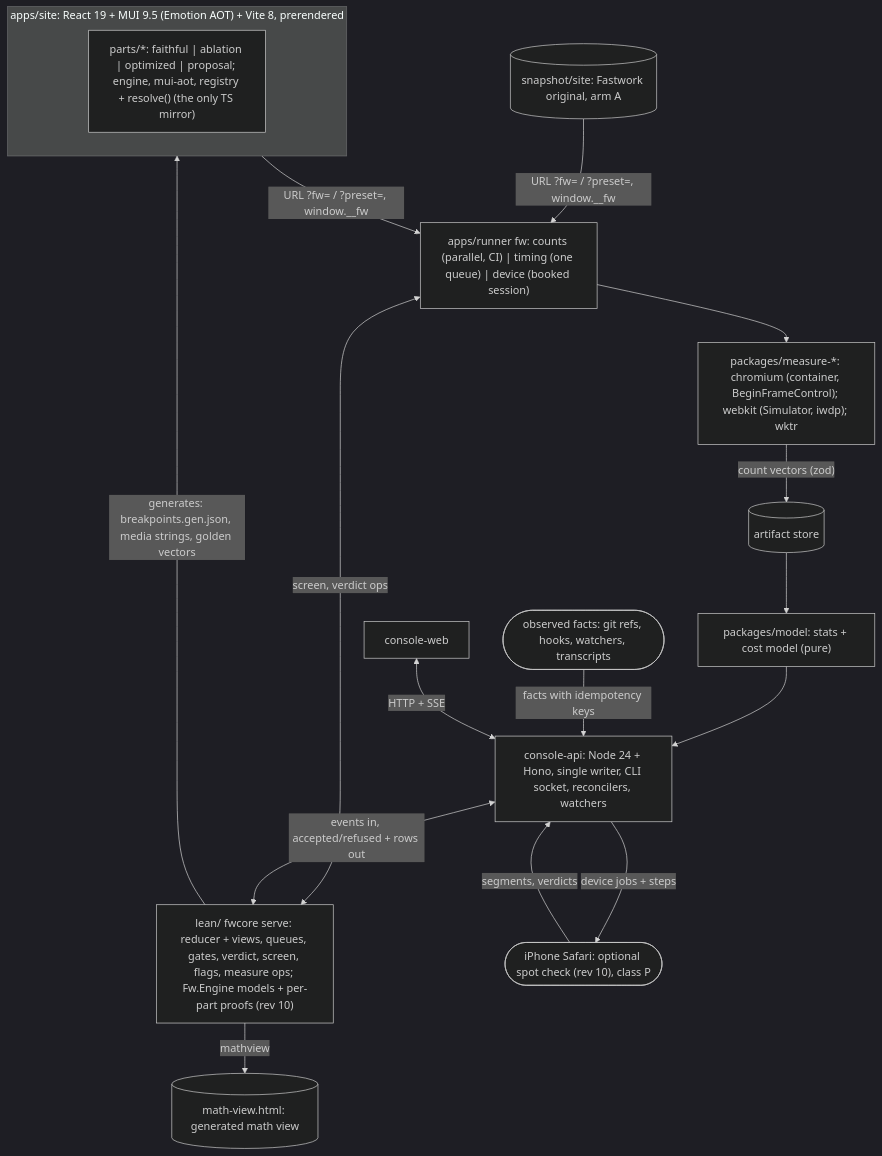
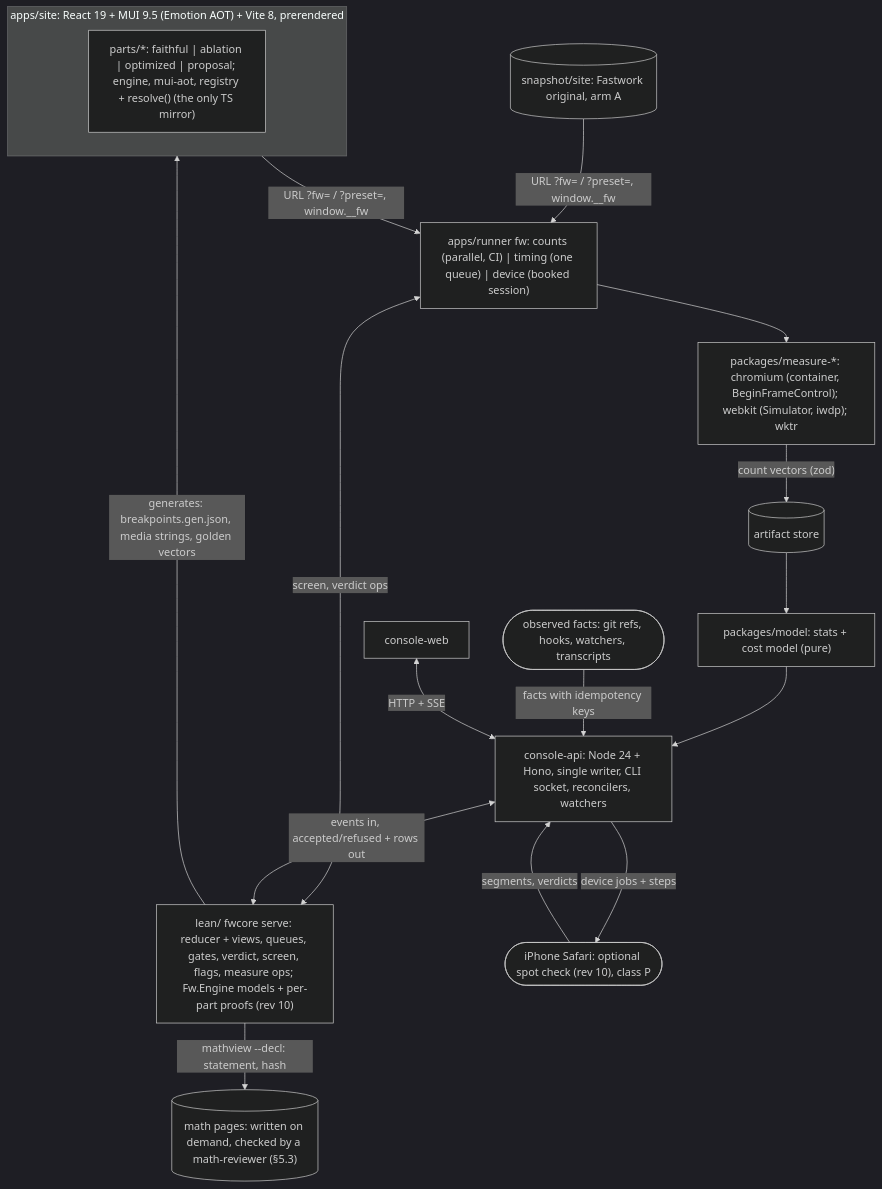
One commit to kitimark/lean-loop-engineer-the-fastwork-web-optimize changed the diagram in docs/plan/PLAN.md. Above: the diagram before and after it, drawn with Mermaid (dark theme). The commit also changed other lines of this file, not shown here.

First line of the commit message:
latex-plan-text: PLAN rev 11.3 (math in artifacts; math view, its lint and CI job retired; A41)

````diff
--- a/docs/plan/PLAN.md
+++ b/docs/plan/PLAN.md
@@ -224,25 +226,25 @@
 ```mermaid
 flowchart TB
   subgraph SITE["apps/site: React 19 + MUI 9.5 (Emotion AOT) + Vite 8, prerendered"]
     PARTS["parts/*: faithful | ablation | optimized | proposal; engine, mui-aot, registry + resolve() (the only TS mirror)"]
   end
   SNAP[("snapshot/site: Fastwork original, arm A")]
   LANES["apps/runner fw: counts (parallel, CI) | timing (one queue) | device (booked session)"]
   MEAS["packages/measure-*: chromium (container, BeginFrameControl); webkit (Simulator, iwdp); wktr"]
   AS[("artifact store")]
   CM["packages/model: stats + cost model (pure)"]
   FW["lean/ fwcore serve: reducer + views, queues, gates, verdict, screen, flags, measure ops; Fw.Engine models + per-part proofs (rev 10)"]
   API["console-api: Node 24 + Hono, single writer, CLI socket, reconcilers, watchers"]
   WEB["console-web"]
   OBS(["observed facts: git refs, hooks, watchers, transcripts"])
-  MV[("math-view.html: generated math view")]
+  MA[("math pages: written on demand, checked by a math-reviewer (§5.3)")]
   PHONE(["iPhone Safari: optional spot check (rev 10), class P"])
 
   SITE & SNAP -- "URL ?fw= / ?preset=, window.__fw" --> LANES --> MEAS -- "count vectors (zod)" --> AS --> CM --> API
   LANES <-- "screen, verdict ops" --> FW
   API <-- "events in, accepted/refused + rows out" --> FW
   OBS -- "facts with idempotency keys" --> API
-  FW -- "mathview" --> MV
+  FW -- "mathview --decl: statement, hash" --> MA
   WEB <-- "HTTP + SSE" --> API -- "device jobs + steps" --> PHONE -- "segments, verdicts" --> API
   FW -- "generates: breakpoints.gen.json, media strings, golden vectors" --> SITE
 ```
````
